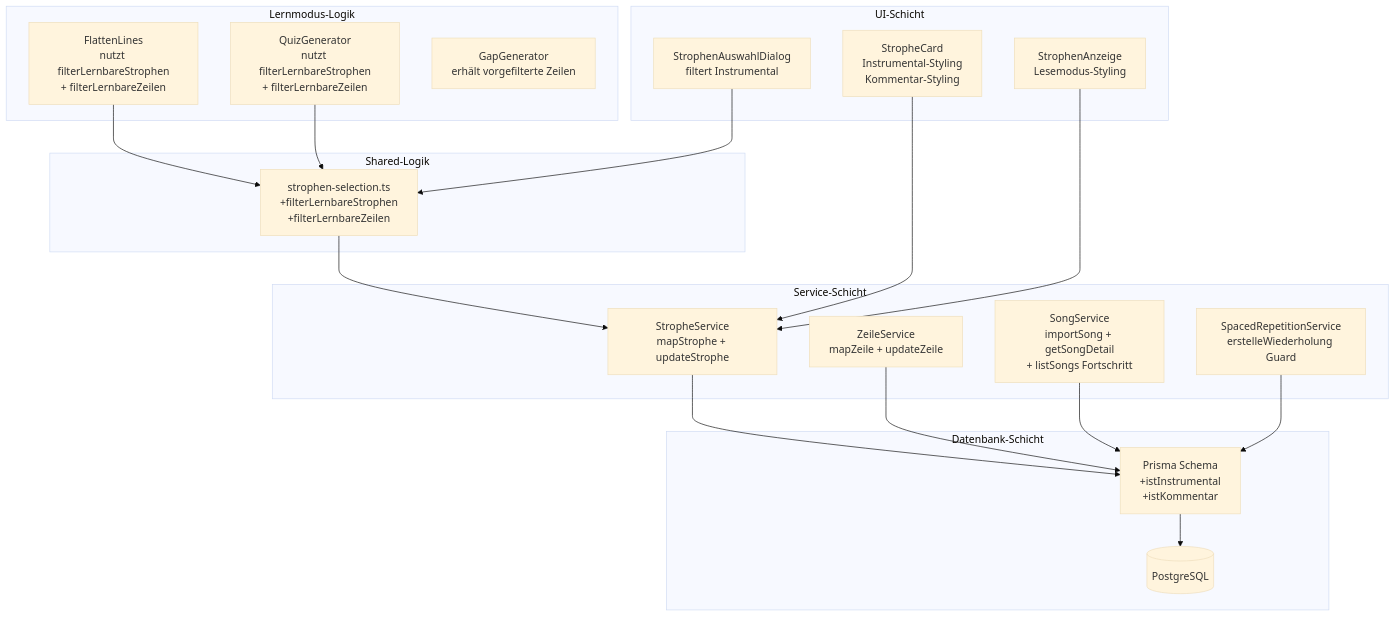
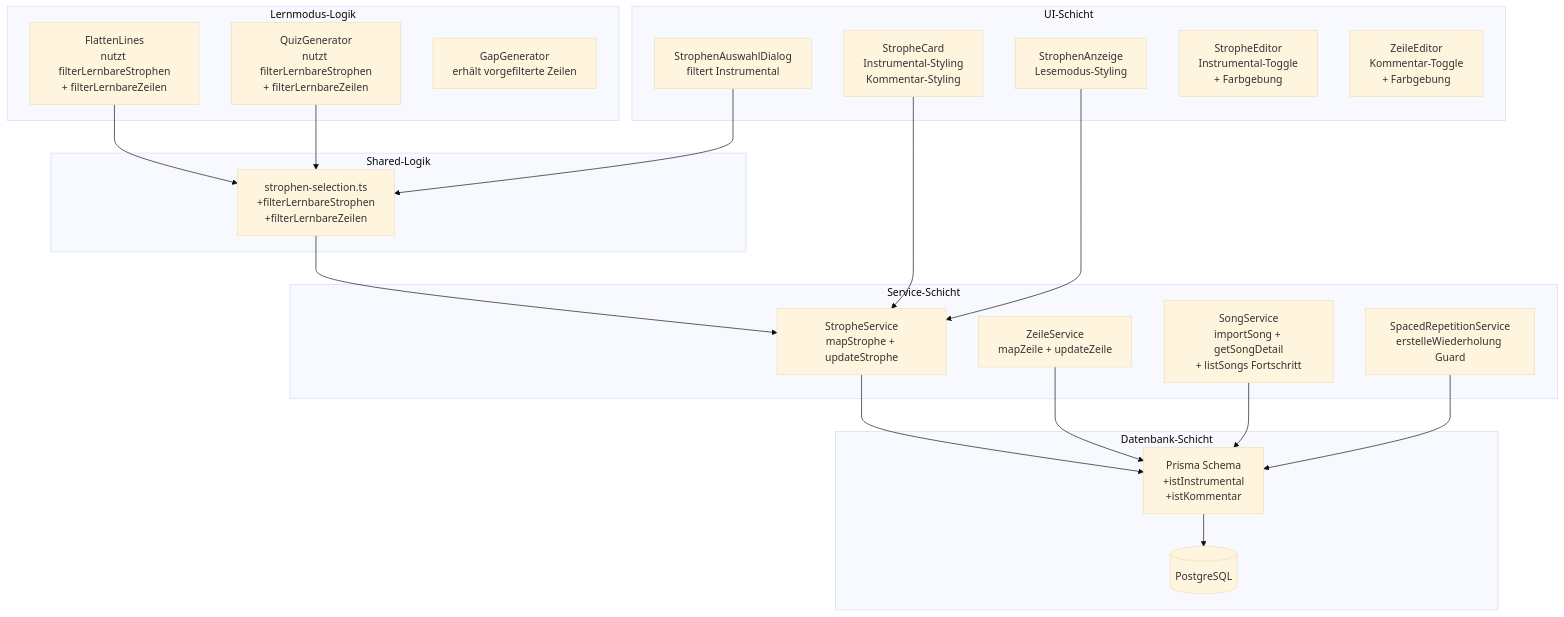
Before and after one commit to schoemi/lyco: the first of 2 diagrams in .kiro/specs/instrumental-annotations/design.md, drawn with Mermaid (base theme). The commit also changed other lines of this file and 149 other files, not shown here.

````diff
--- a/.kiro/specs/instrumental-annotations/design.md
+++ b/.kiro/specs/instrumental-annotations/design.md
@@ -15,42 +15,44 @@
 ```mermaid
 graph TD
     subgraph "Datenbank-Schicht"
         DB[(PostgreSQL)]
         PS[Prisma Schema<br/>+istInstrumental<br/>+istKommentar]
     end
 
     subgraph "Service-Schicht"
         SS[StropheService<br/>mapStrophe + updateStrophe]
         ZS[ZeileService<br/>mapZeile + updateZeile]
         SOS[SongService<br/>importSong + getSongDetail<br/>+ listSongs Fortschritt]
         SRS[SpacedRepetitionService<br/>erstelleWiederholung Guard]
     end
 
     subgraph "Shared-Logik"
         SF[strophen-selection.ts<br/>+filterLernbareStrophen<br/>+filterLernbareZeilen]
     end
 
     subgraph "Lernmodus-Logik"
         FL[FlattenLines<br/>nutzt filterLernbareStrophen<br/>+ filterLernbareZeilen]
         QG[QuizGenerator<br/>nutzt filterLernbareStrophen<br/>+ filterLernbareZeilen]
         GG[GapGenerator<br/>erhält vorgefilterte Zeilen]
     end
 
     subgraph "UI-Schicht"
         SC[StropheCard<br/>Instrumental-Styling<br/>Kommentar-Styling]
         SA[StrophenAnzeige<br/>Lesemodus-Styling]
         SAD[StrophenAuswahlDialog<br/>filtert Instrumental]
+        SE[StropheEditor<br/>Instrumental-Toggle<br/>+ Farbgebung]
+        ZE[ZeileEditor<br/>Kommentar-Toggle<br/>+ Farbgebung]
     end
 
     PS --> DB
     SS --> PS
     ZS --> PS
     SOS --> PS
     SRS --> PS
     SF --> SS
     FL --> SF
     QG --> SF
     SC --> SS
     SA --> SS
     SAD --> SF
 ```
````
